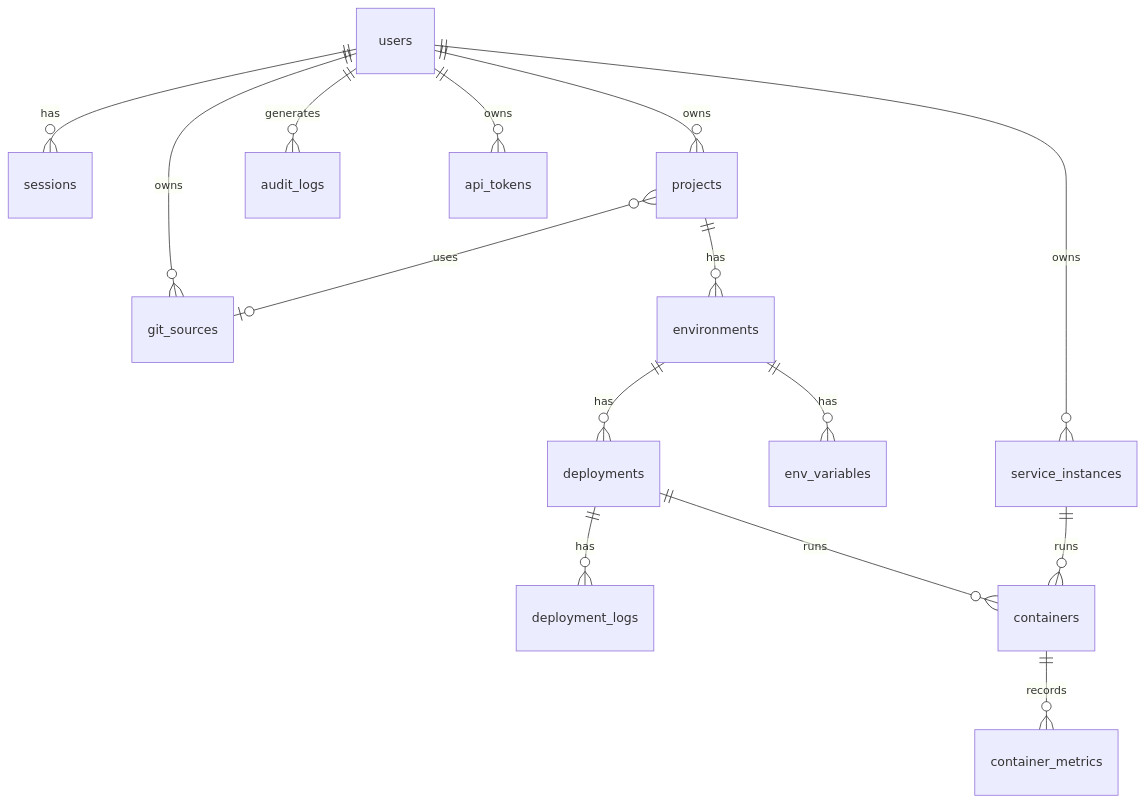
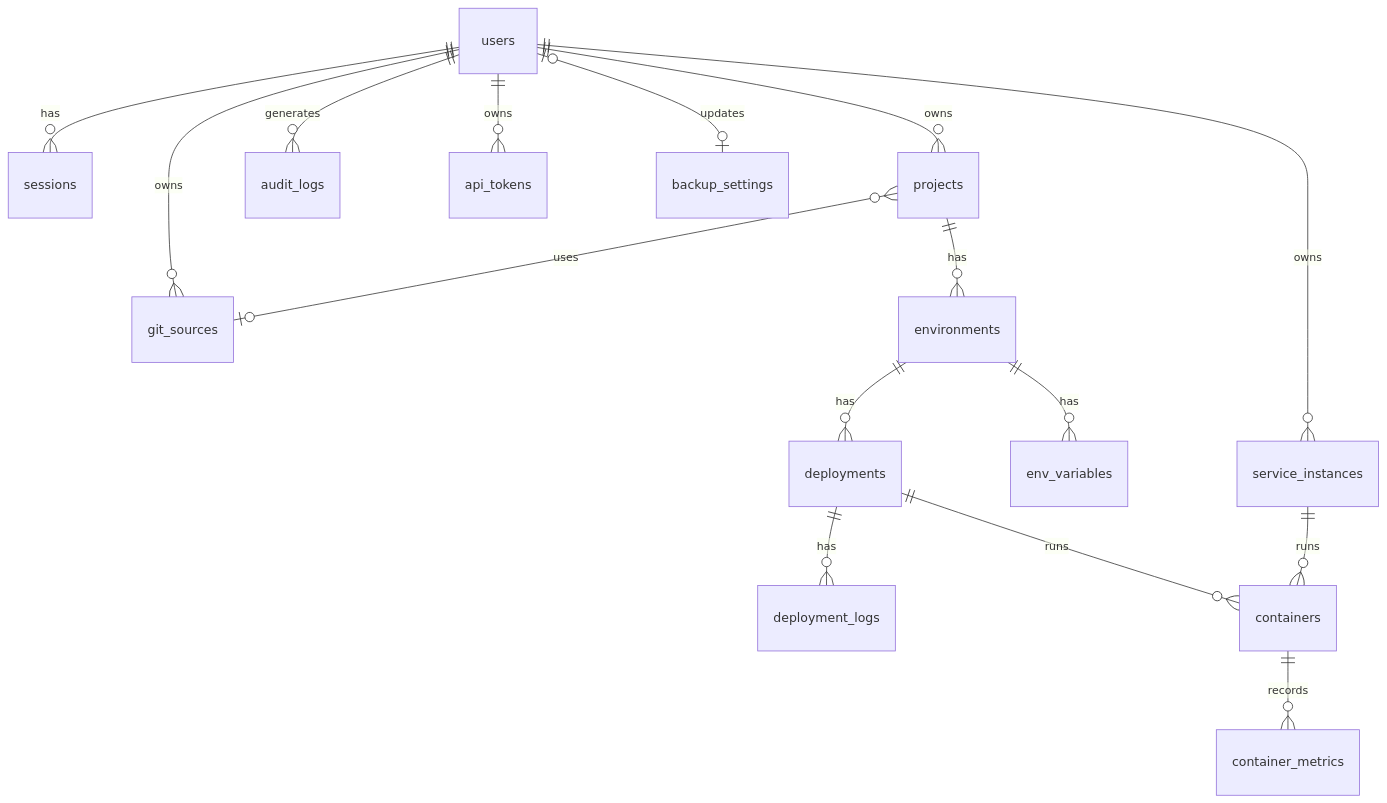
The diagram in docs/reference/database-schema.md (raythurman2386/goforge), drawn with Mermaid before and after one commit. The commit also changed other lines of this file and 39 other files, not shown here.

First line of the commit message:
feat(backup): edit backup settings in Settings → Profile

````diff
--- a/docs/reference/database-schema.md
+++ b/docs/reference/database-schema.md
@@ -11,17 +11,18 @@
 ```mermaid
 erDiagram
     users ||--o{ sessions : has
     users ||--o{ git_sources : owns
     users ||--o{ projects : owns
     users ||--o{ service_instances : owns
     users ||--o{ audit_logs : generates
     users ||--o{ api_tokens : owns
+    users |o--o| backup_settings : updates
     projects ||--o{ environments : has
     projects }o--o| git_sources : uses
     environments ||--o{ env_variables : has
     environments ||--o{ deployments : has
     deployments ||--o{ deployment_logs : has
     deployments ||--o{ containers : runs
     service_instances ||--o{ containers : runs
     containers ||--o{ container_metrics : records
 ```
````
